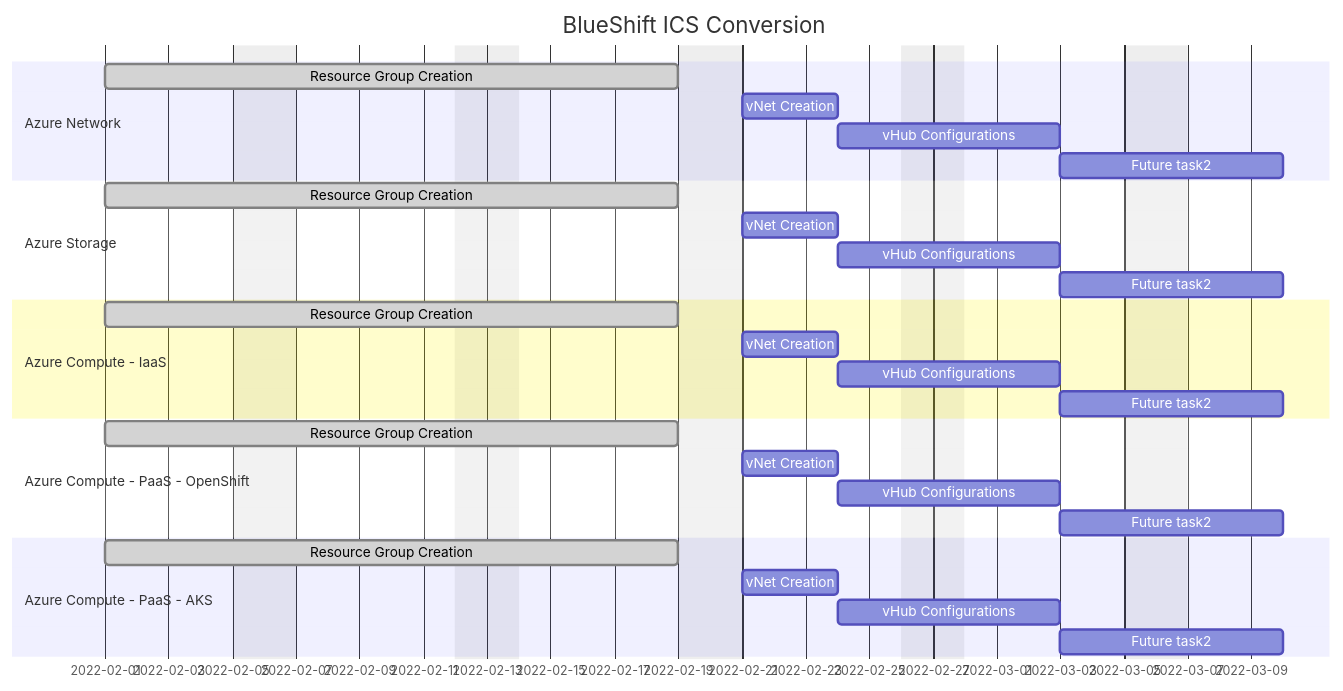
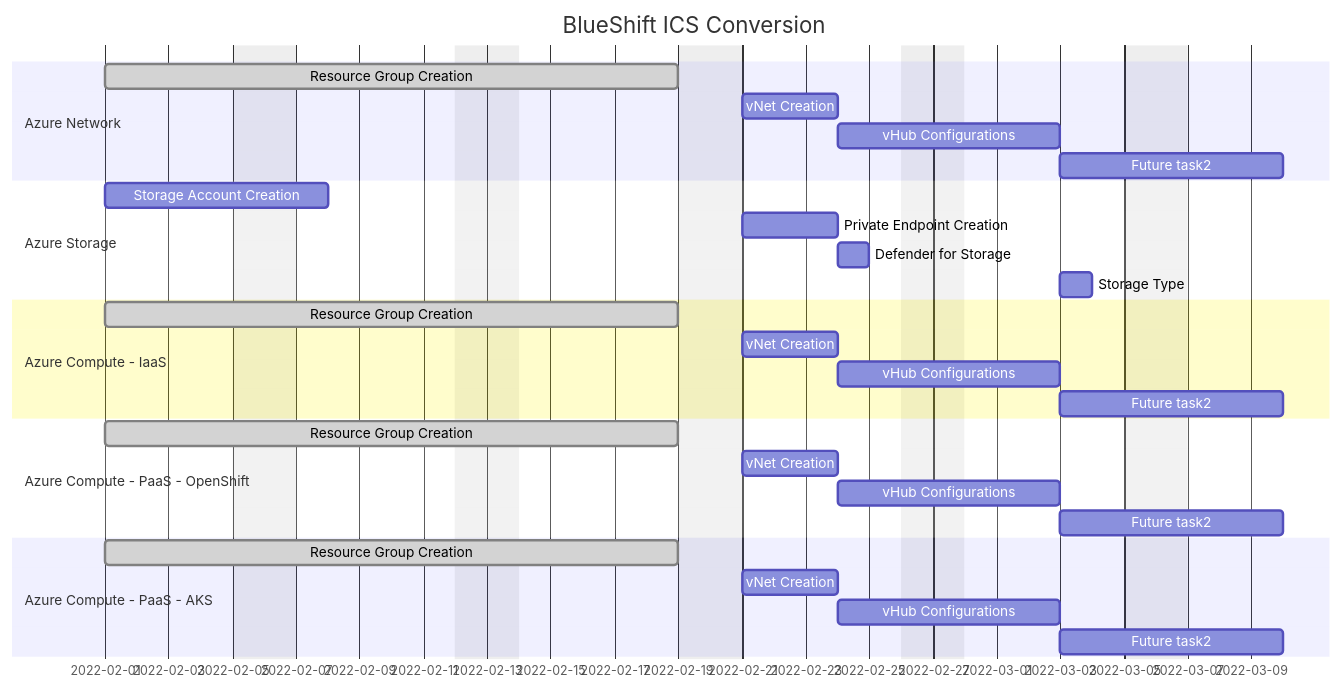
One commit to slagathor34/awx-lab changed the first of 2 diagrams in README.md. Above: the diagram before and after it, drawn with Mermaid.

Commit message:
update 3

````diff
--- a/README.md
+++ b/README.md
@@ -5,36 +5,36 @@
 ```mermaid
 gantt
     dateFormat  YYYY-MM-DD
     title       BlueShift ICS Conversion
     excludes    weekends
 
     section Azure Network
     Resource Group Creation           :done, des1, 2022-02-01, 14d
     vNet Creation                     :des2, after des1, 3d
     vHub Configurations               :des3, after des2, 5d
     Future task2                      :des4, after des3, 5d
 
     section Azure Storage
-    Resource Group Creation           :done, des1, 2022-02-01, 14d
-    vNet Creation                     :des2, after des1, 3d
-    vHub Configurations               :des3, after des2, 5d
-    Future task2                      :des4, after des3, 5d
+    Storage Account Creation          :des1, 2022-02-01, 5d
+    Private Endpoint Creation         :des2, after des1, 3d
+    Defender for Storage              :des3, after des2, 1d
+    Storage Type                      :des4, after des3, 1d
 
     section Azure Compute - IaaS
     Resource Group Creation           :done, des1, 2022-02-01, 14d
     vNet Creation                     :des2, after des1, 3d
     vHub Configurations               :des3, after des2, 5d
     Future task2                      :des4, after des3, 5d
 
     section Azure Compute - PaaS - OpenShift
     Resource Group Creation           :done, des1, 2022-02-01, 14d
     vNet Creation                     :des2, after des1, 3d
     vHub Configurations               :des3, after des2, 5d
     Future task2                      :des4, after des3, 5d
 
     section Azure Compute - PaaS - AKS
     Resource Group Creation           :done, des1, 2022-02-01, 14d
     vNet Creation                     :des2, after des1, 3d
     vHub Configurations               :des3, after des2, 5d
     Future task2                      :des4, after des3, 5d
 ```
````
